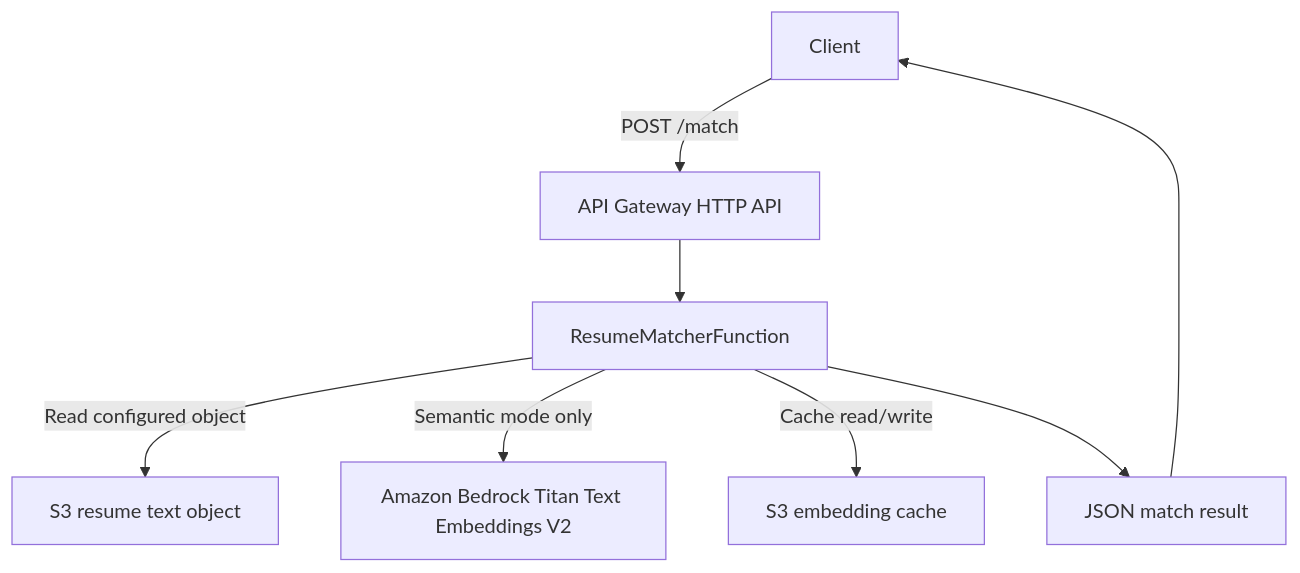
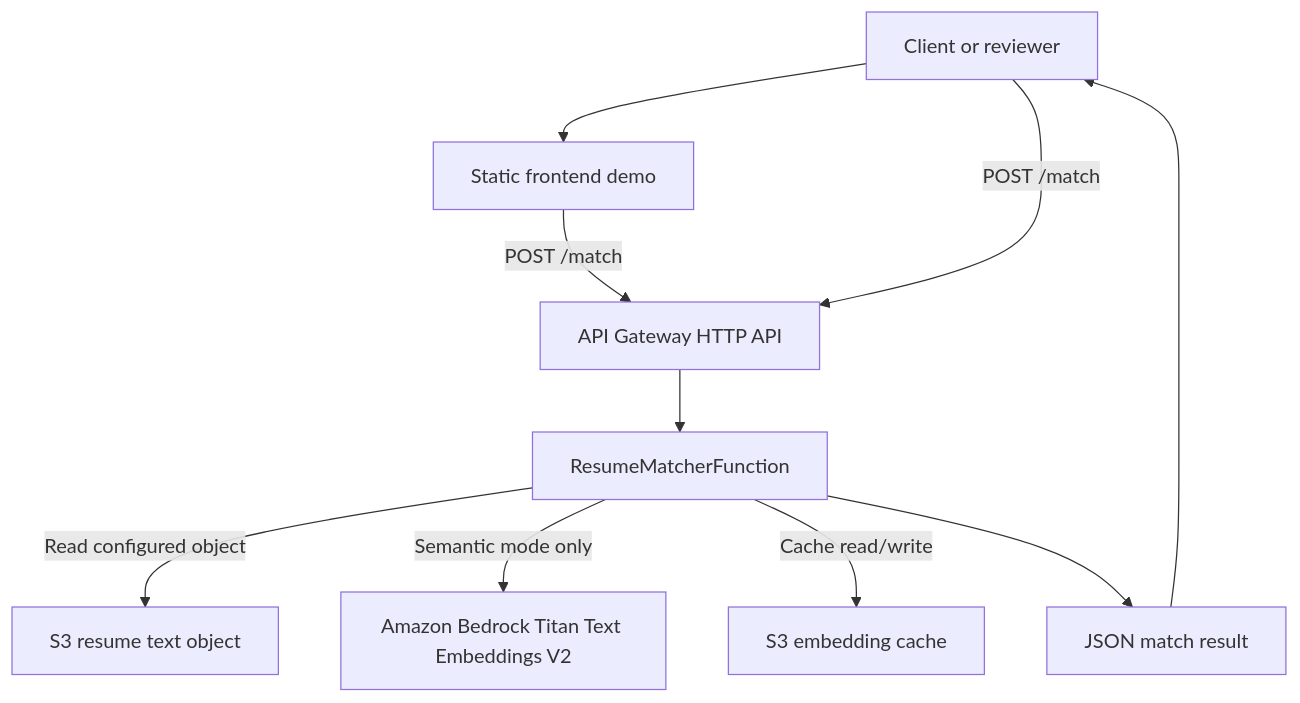
One commit to jon-innnput/aws-resume-matcher changed the diagram in CONTEXT.md. Above: the diagram before and after it, drawn with Mermaid. The commit also changed other lines of this file and 7 other files, not shown here.

Commit message:
Add static frontend demo for resume matching

````diff
--- a/CONTEXT.md
+++ b/CONTEXT.md
@@ -19,10 +19,12 @@
 ```mermaid
 flowchart TD
-    Client["Client"] -->|"POST /match"| HttpApi["API Gateway HTTP API"]
+    Client["Client or reviewer"] --> Frontend["Static frontend demo"]
+    Frontend -->|"POST /match"| HttpApi["API Gateway HTTP API"]
+    Client -->|"POST /match"| HttpApi
     HttpApi --> Function["ResumeMatcherFunction"]
     Function -->|"Read configured object"| ResumeObject["S3 resume text object"]
     Function -->|"Semantic mode only"| Bedrock["Amazon Bedrock Titan Text Embeddings V2"]
     Function -->|"Cache read/write"| Cache["S3 embedding cache"]
     Function --> MatchResult["JSON match result"]
     MatchResult --> Client
 ```
````
